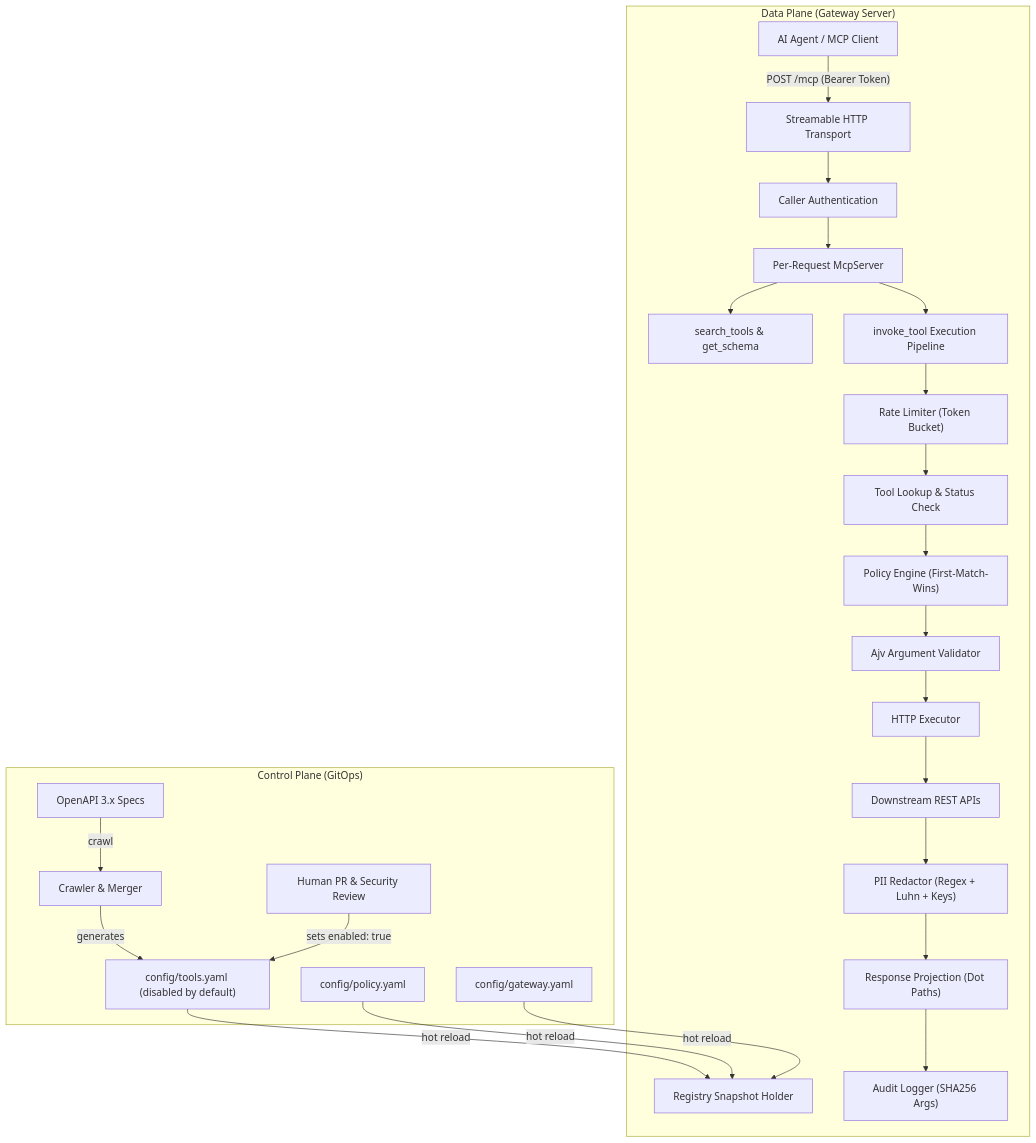
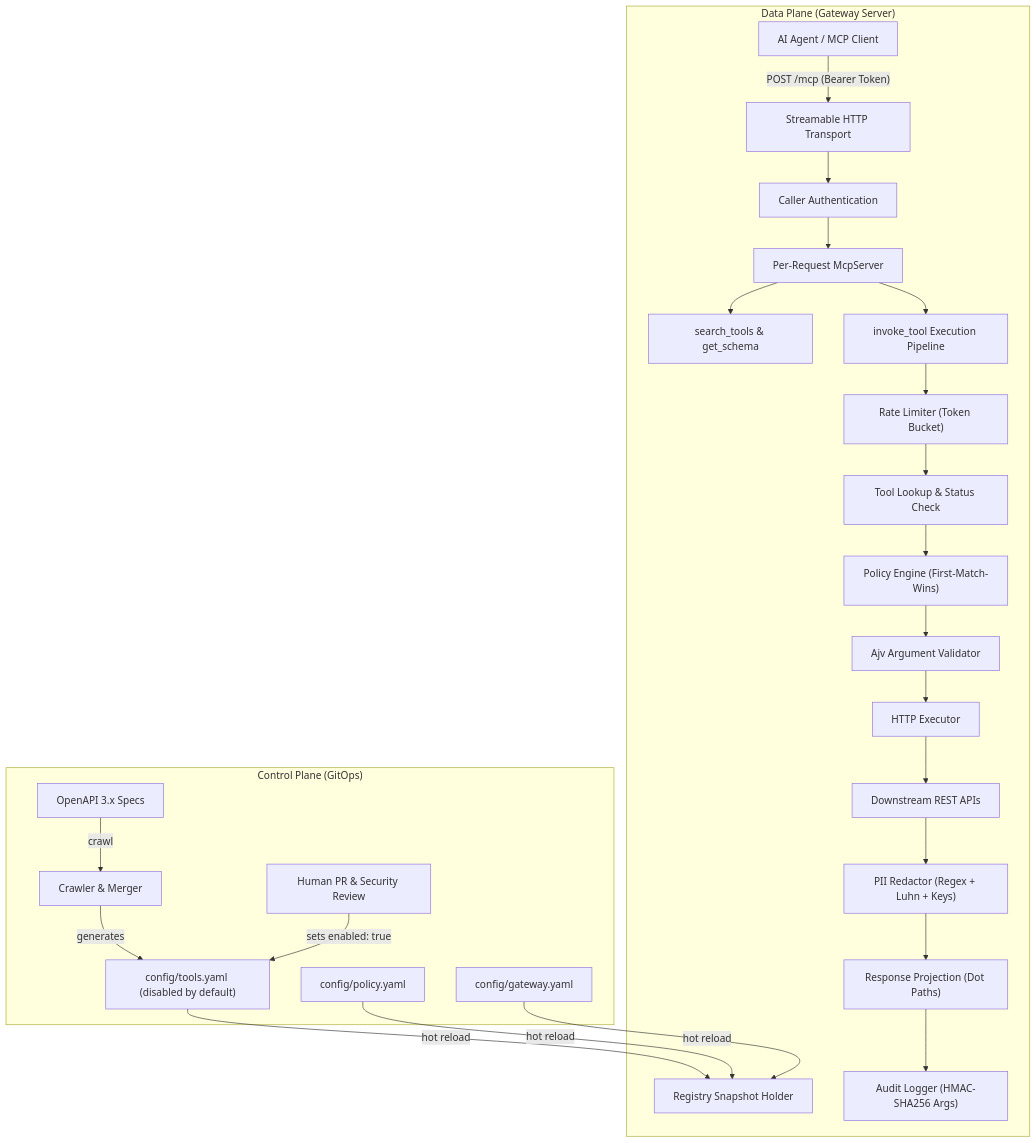
The diagram in README.md (0xPsyop/ubergate), drawn with Mermaid before and after one commit. The commit also changed other lines of this file and 9 other files, not shown here.

Commit message:
security: HMAC audit argument fingerprints

````diff
--- a/README.md
+++ b/README.md
@@ -35,33 +35,33 @@
 ```mermaid
 flowchart TD
     subgraph ControlPlane["Control Plane (GitOps)"]
         OpenAPI["OpenAPI 3.x Specs"] -->|crawl| Crawler["Crawler & Merger"]
         Crawler -->|generates| ToolsYAML["config/tools.yaml (disabled by default)"]
         PR["Human PR & Security Review"] -->|sets enabled: true| ToolsYAML
         PolicyYAML["config/policy.yaml"]
         GatewayYAML["config/gateway.yaml"]
     end
 
     subgraph DataPlane["Data Plane (Gateway Server)"]
         ToolsYAML -->|hot reload| Registry["Registry Snapshot Holder"]
         PolicyYAML -->|hot reload| Registry
         GatewayYAML -->|hot reload| Registry
 
         Agent["AI Agent / MCP Client"] -->|"POST /mcp (Bearer Token)"| HTTP["Streamable HTTP Transport"]
         HTTP --> Auth["Caller Authentication"]
         Auth --> McpServer["Per-Request McpServer"]
 
         McpServer --> Discovery["search_tools & get_schema"]
         McpServer --> Pipeline["invoke_tool Execution Pipeline"]
 
         Pipeline --> RateLimit["Rate Limiter (Token Bucket)"]
         RateLimit --> Lookup["Tool Lookup & Status Check"]
         Lookup --> Policy["Policy Engine (First-Match-Wins)"]
         Policy --> Validator["Ajv Argument Validator"]
         Validator --> Executor["HTTP Executor"]
         Executor --> Downstream["Downstream REST APIs"]
         Downstream --> Redactor["PII Redactor (Regex + Luhn + Keys)"]
         Redactor --> Projection["Response Projection (Dot Paths)"]
-        Projection --> Audit["Audit Logger (SHA256 Args)"]
+        Projection --> Audit["Audit Logger (HMAC-SHA256 Args)"]
     end
 ```
````
